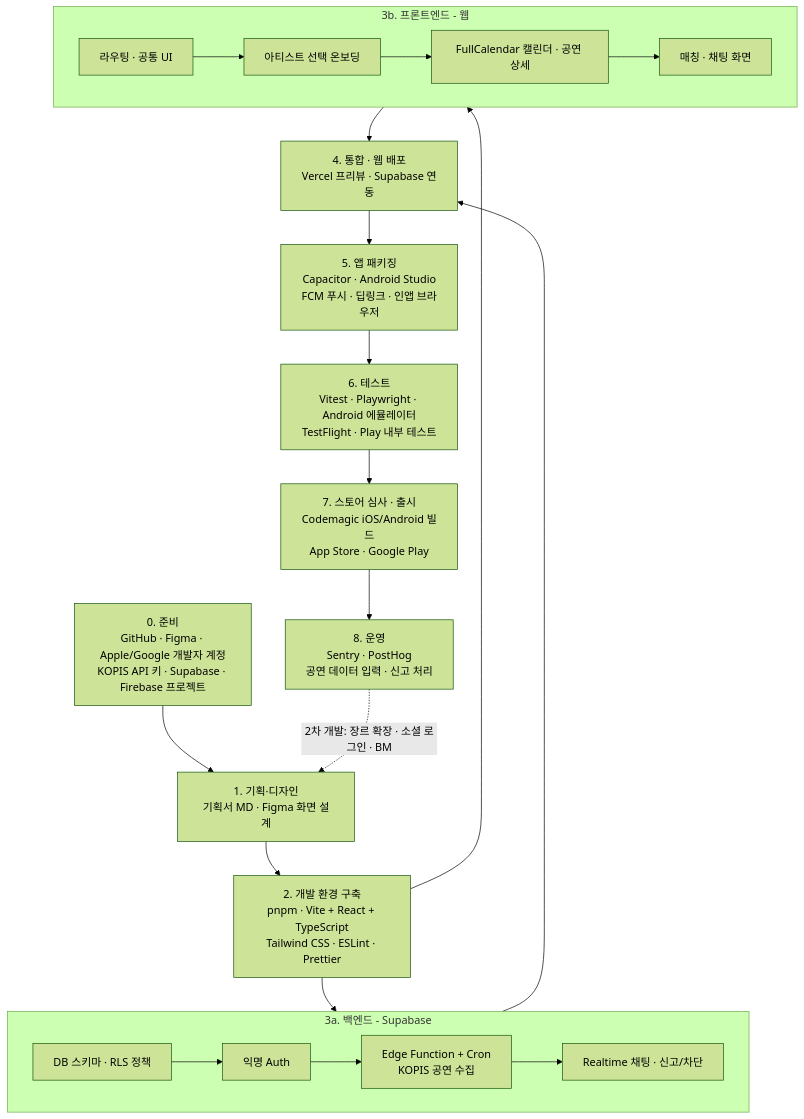
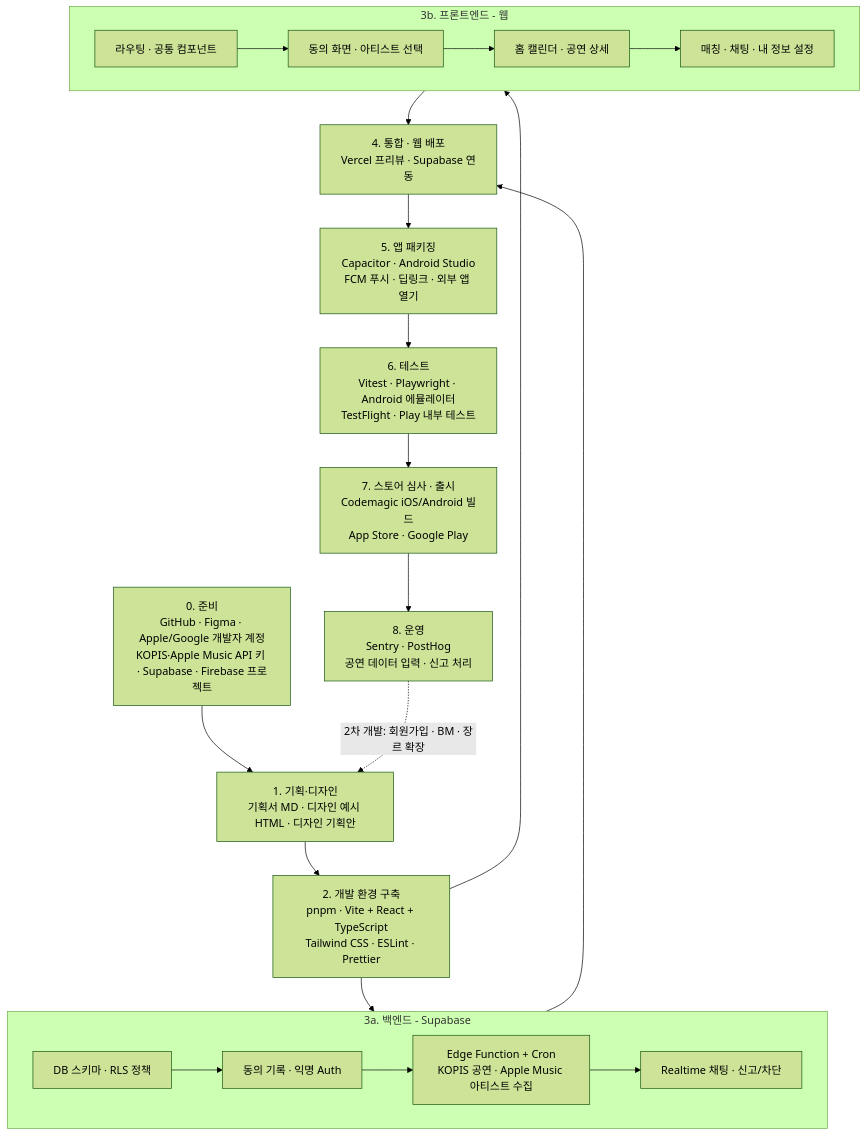
The first of 3 diagrams in docs/공연캘린더_취향매칭앱_기획서.md (yxojh0nn/DUCKCHINSO_proj), drawn with Mermaid (forest theme) before and after one commit. The commit also changed other lines of this file and 1 other file, not shown here.

First line of the commit message:
docs: 개발 전 확정 사항 반영, 동의 화면·회원가입·BM·법률 대응 추가

````diff
--- a/docs/공연캘린더_취향매칭앱_기획서.md
+++ b/docs/공연캘린더_취향매칭앱_기획서.md
@@ -54,26 +64,26 @@
 ```mermaid
 flowchart TD
-    P0["0. 준비<br/>GitHub · Figma · Apple/Google 개발자 계정<br/>KOPIS API 키 · Supabase · Firebase 프로젝트"]
-    P1["1. 기획·디자인<br/>기획서 MD · Figma 화면 설계"]
+    P0["0. 준비<br/>GitHub · Figma · Apple/Google 개발자 계정<br/>KOPIS·Apple Music API 키 · Supabase · Firebase 프로젝트"]
+    P1["1. 기획·디자인<br/>기획서 MD · 디자인 예시 HTML · 디자인 기획안"]
     P2["2. 개발 환경 구축<br/>pnpm · Vite + React + TypeScript<br/>Tailwind CSS · ESLint · Prettier"]
     subgraph BE["3a. 백엔드 - Supabase"]
-        B1["DB 스키마 · RLS 정책"] --> B2["익명 Auth"]
-        B2 --> B3["Edge Function + Cron<br/>KOPIS 공연 수집"]
+        B1["DB 스키마 · RLS 정책"] --> B2["동의 기록 · 익명 Auth"]
+        B2 --> B3["Edge Function + Cron<br/>KOPIS 공연 · Apple Music 아티스트 수집"]
         B3 --> B4["Realtime 채팅 · 신고/차단"]
     end
     subgraph FE["3b. 프론트엔드 - 웹"]
-        F1["라우팅 · 공통 UI"] --> F2["아티스트 선택 온보딩"]
-        F2 --> F3["FullCalendar 캘린더 · 공연 상세"]
-        F3 --> F4["매칭 · 채팅 화면"]
+        F1["라우팅 · 공통 컴포넌트"] --> F2["동의 화면 · 아티스트 선택"]
+        F2 --> F3["홈 캘린더 · 공연 상세"]
+        F3 --> F4["매칭 · 채팅 · 내 정보 설정"]
     end
     P0 --> P1 --> P2
     P2 --> BE
     P2 --> FE
     BE --> I["4. 통합 · 웹 배포<br/>Vercel 프리뷰 · Supabase 연동"]
     FE --> I
-    I --> C["5. 앱 패키징<br/>Capacitor · Android Studio<br/>FCM 푸시 · 딥링크 · 인앱 브라우저"]
+    I --> C["5. 앱 패키징<br/>Capacitor · Android Studio<br/>FCM 푸시 · 딥링크 · 외부 앱 열기"]
     C --> T["6. 테스트<br/>Vitest · Playwright · Android 에뮬레이터<br/>TestFlight · Play 내부 테스트"]
     T --> S["7. 스토어 심사 · 출시<br/>Codemagic iOS/Android 빌드<br/>App Store · Google Play"]
     S --> O["8. 운영<br/>Sentry · PostHog<br/>공연 데이터 입력 · 신고 처리"]
-    O -. 2차 개발: 장르 확장 · 소셜 로그인 · BM .-> P1
+    O -. 2차 개발: 회원가입 · BM · 장르 확장 .-> P1
 ```
````
